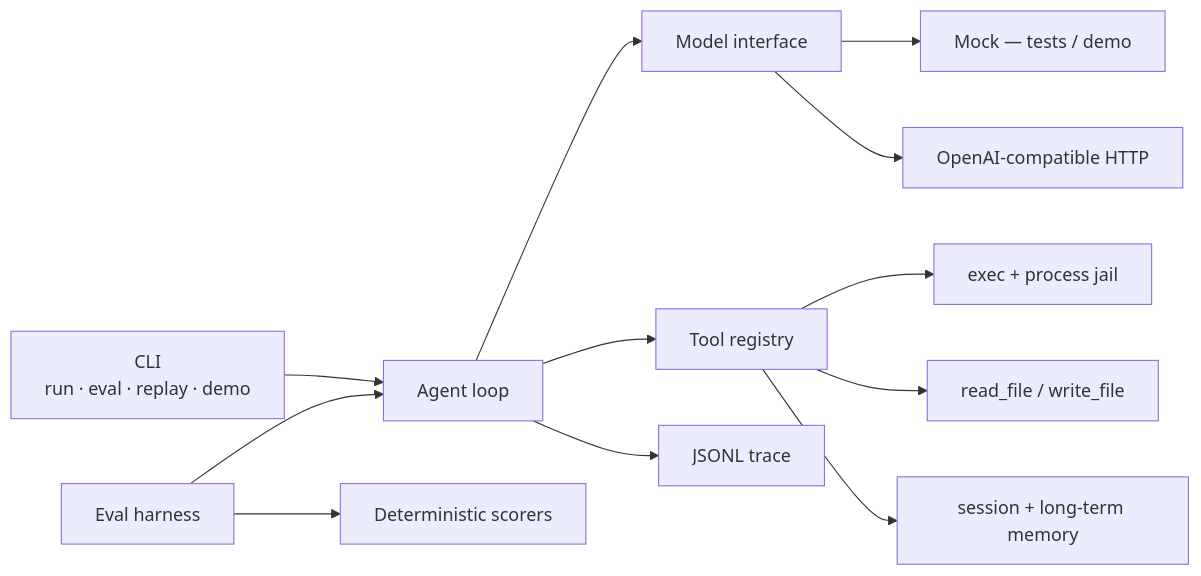
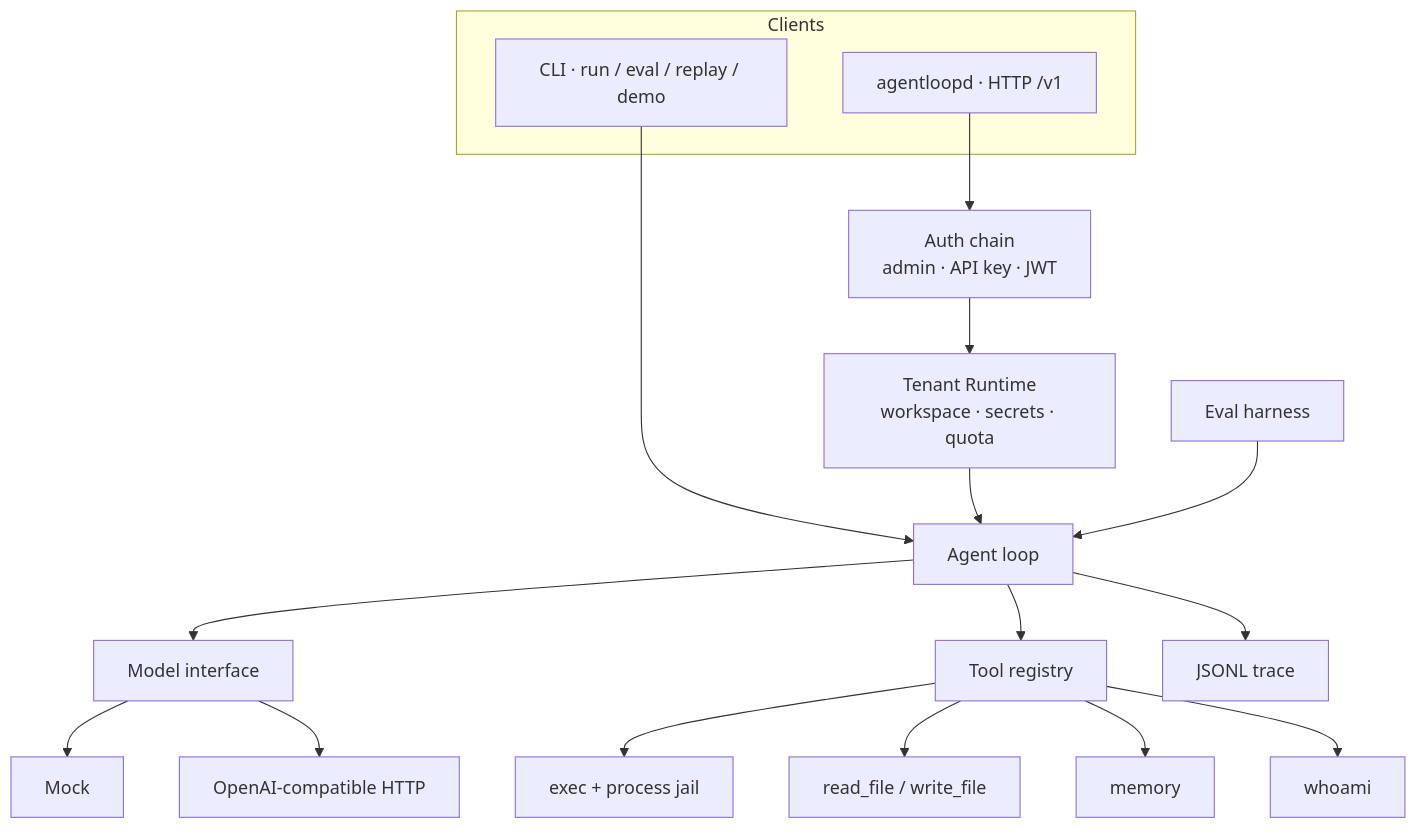
The diagram in README.md (YaoLang/agentloop), drawn with Mermaid before and after one commit. The commit also changed other lines of this file and 1 other file, not shown here.

First line of the commit message:
Document AgentLoop in English and Chinese

````diff
--- a/README.md
+++ b/README.md
@@ -24,14 +28,21 @@
 ```mermaid
-flowchart LR
-  CLI["CLI<br/>run · eval · replay · demo"] --> Loop[Agent loop]
+flowchart TB
+  subgraph clients [Clients]
+    CLI["CLI · run / eval / replay / demo"]
+    HTTP["agentloopd · HTTP /v1"]
+  end
+  HTTP --> Auth["Auth chain<br/>admin · API key · JWT"]
+  Auth --> Tenant["Tenant Runtime<br/>workspace · secrets · quota"]
+  CLI --> Loop[Agent loop]
+  Tenant --> Loop
   Loop --> Model[Model interface]
-  Model --> Mock[Mock — tests / demo]
+  Model --> Mock[Mock]
   Model --> OAI[OpenAI-compatible HTTP]
   Loop --> Reg[Tool registry]
   Reg --> Exec["exec + process jail"]
   Reg --> Files["read_file / write_file"]
-  Reg --> Mem["session + long-term memory"]
+  Reg --> Mem[memory]
+  Reg --> Who[whoami]
   Loop --> Trace[JSONL trace]
   Eval[Eval harness] --> Loop
-  Eval --> Scorers["Deterministic scorers"]
 ```
````
